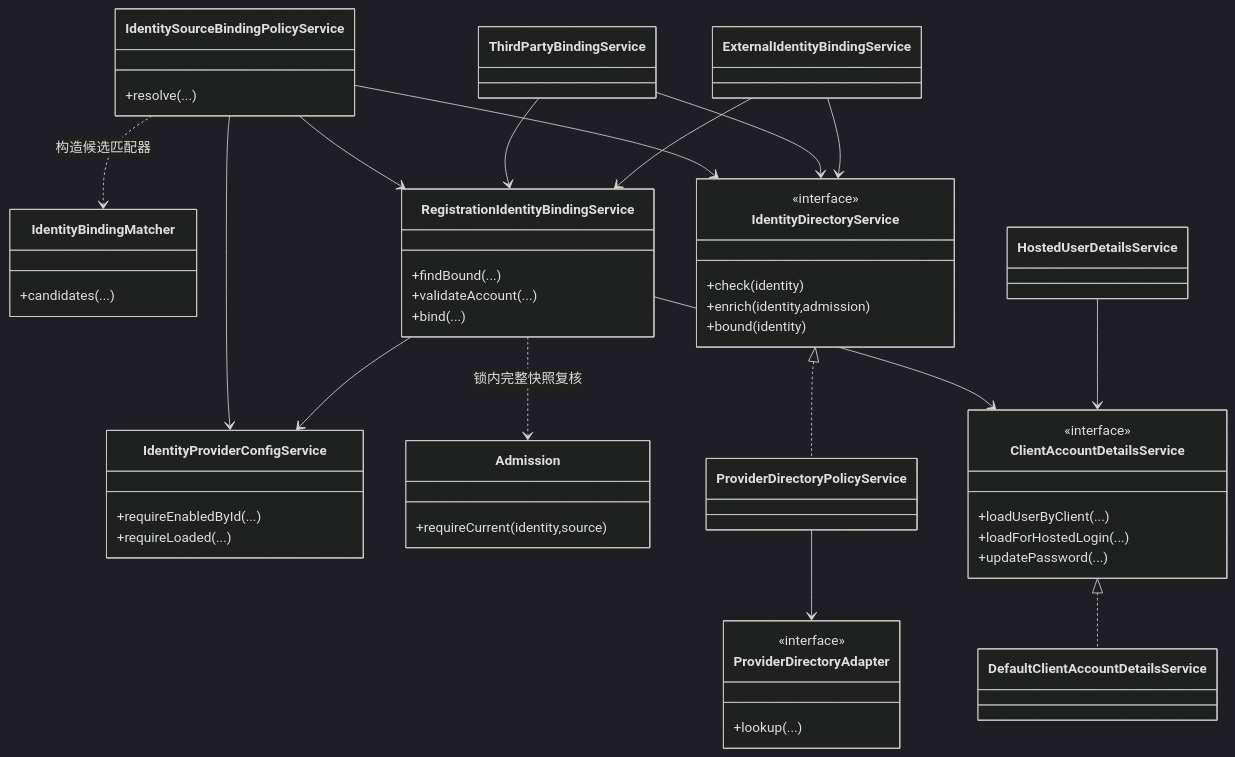
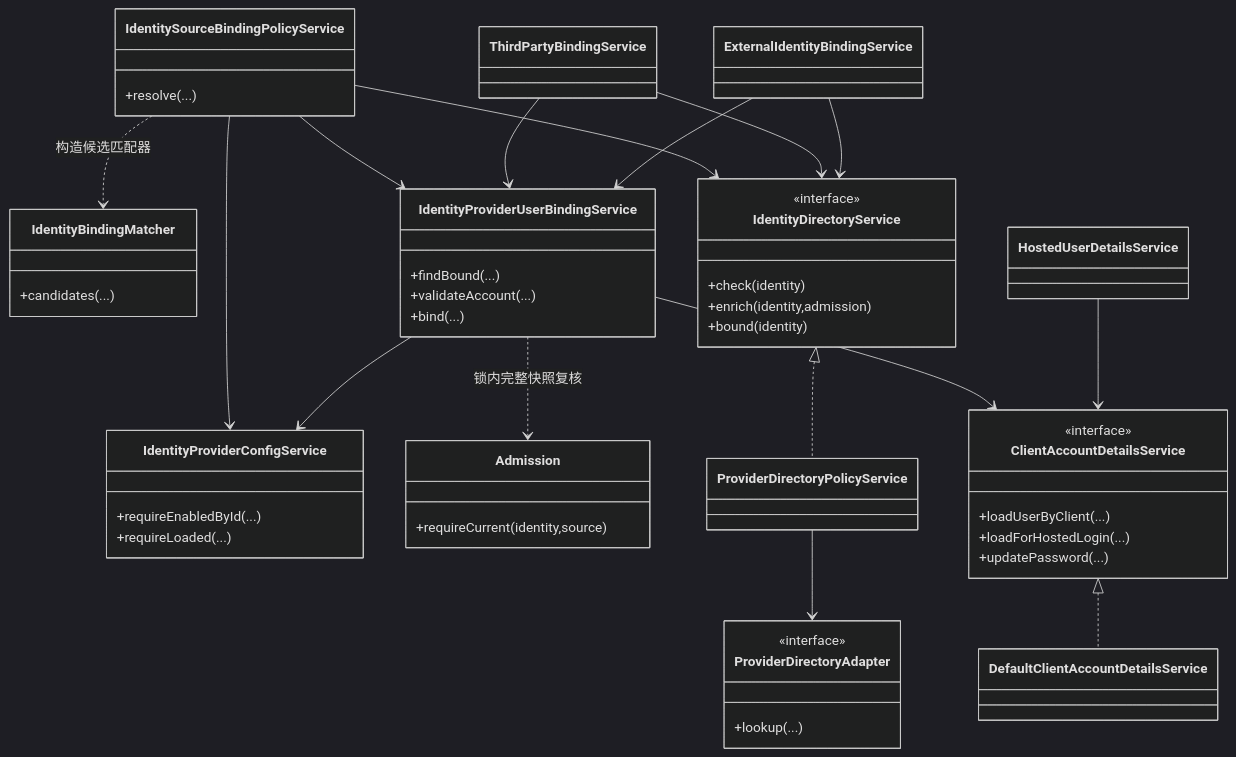
The fifth of 8 diagrams in macula-cloud-iam/docs/architecture.md (macula-projects/macula-cloud), drawn with Mermaid (dark theme) before and after one commit. The commit also changed other lines of this file and 363 other files, not shown here.

````diff
--- a/macula-cloud-iam/docs/architecture.md
+++ b/macula-cloud-iam/docs/architecture.md
@@ -184,59 +255,59 @@
 ```mermaid
 classDiagram
     direction TB
     class IdentitySourceBindingPolicyService {
         +resolve(...)
     }
     class IdentityProviderConfigService {
         +requireEnabledById(...)
         +requireLoaded(...)
     }
     class IdentityBindingMatcher {
         +candidates(...)
     }
-    class RegistrationIdentityBindingService {
+    class IdentityProviderUserBindingService {
         +findBound(...)
         +validateAccount(...)
         +bind(...)
     }
     class IdentityDirectoryService {
         <<interface>>
         +check(identity)
         +enrich(identity,admission)
         +bound(identity)
     }
     class Admission {
         +requireCurrent(identity,source)
     }
-    RegistrationIdentityBindingService ..> Admission : 锁内完整快照复核
+    IdentityProviderUserBindingService ..> Admission : 锁内完整快照复核
     class ProviderDirectoryPolicyService
     class ProviderDirectoryAdapter {
         <<interface>>
         +lookup(...)
     }
     class ClientAccountDetailsService {
         <<interface>>
         +loadUserByClient(...)
         +loadForHostedLogin(...)
         +updatePassword(...)
     }
     class DefaultClientAccountDetailsService
     class HostedUserDetailsService
     class ThirdPartyBindingService
     class ExternalIdentityBindingService
 
     IdentitySourceBindingPolicyService --> IdentityProviderConfigService
     IdentitySourceBindingPolicyService --> IdentityDirectoryService
     IdentitySourceBindingPolicyService ..> IdentityBindingMatcher : 构造候选匹配器
-    IdentitySourceBindingPolicyService --> RegistrationIdentityBindingService
+    IdentitySourceBindingPolicyService --> IdentityProviderUserBindingService
     IdentityDirectoryService <|.. ProviderDirectoryPolicyService
     ProviderDirectoryPolicyService --> ProviderDirectoryAdapter
-    RegistrationIdentityBindingService --> IdentityProviderConfigService
-    RegistrationIdentityBindingService --> ClientAccountDetailsService
+    IdentityProviderUserBindingService --> IdentityProviderConfigService
+    IdentityProviderUserBindingService --> ClientAccountDetailsService
     ClientAccountDetailsService <|.. DefaultClientAccountDetailsService
     HostedUserDetailsService --> ClientAccountDetailsService
-    ThirdPartyBindingService --> RegistrationIdentityBindingService
+    ThirdPartyBindingService --> IdentityProviderUserBindingService
     ThirdPartyBindingService --> IdentityDirectoryService
-    ExternalIdentityBindingService --> RegistrationIdentityBindingService
+    ExternalIdentityBindingService --> IdentityProviderUserBindingService
     ExternalIdentityBindingService --> IdentityDirectoryService
 ```
````
